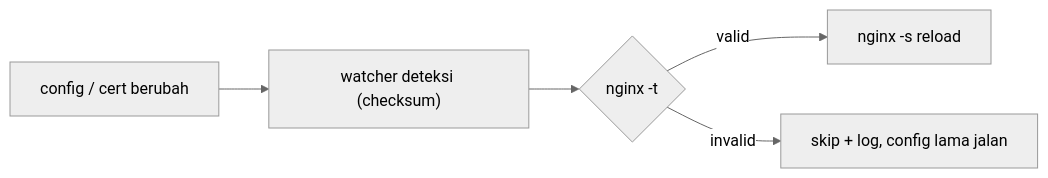
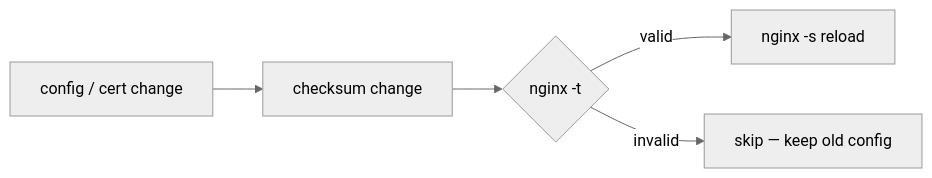
Before and after one commit to irfanrp/nginx-reverse-proxy: the first of 2 diagrams in README.md, drawn with Mermaid (neutral theme). The commit also changed other lines of this file and 1 other file, not shown here.

````diff
--- a/README.md
+++ b/README.md
@@ -124,7 +99,7 @@
 ```mermaid
 flowchart LR
-  change["config / cert berubah"] --> detect["watcher deteksi (checksum)"]
+  change["config / cert change"] --> detect["checksum change"]
   detect --> test{"nginx -t"}
   test -->|valid| reload["nginx -s reload"]
-  test -->|invalid| skip["skip + log, config lama jalan"]
+  test -->|"invalid"| skip["skip — keep old config"]
 ```
````
